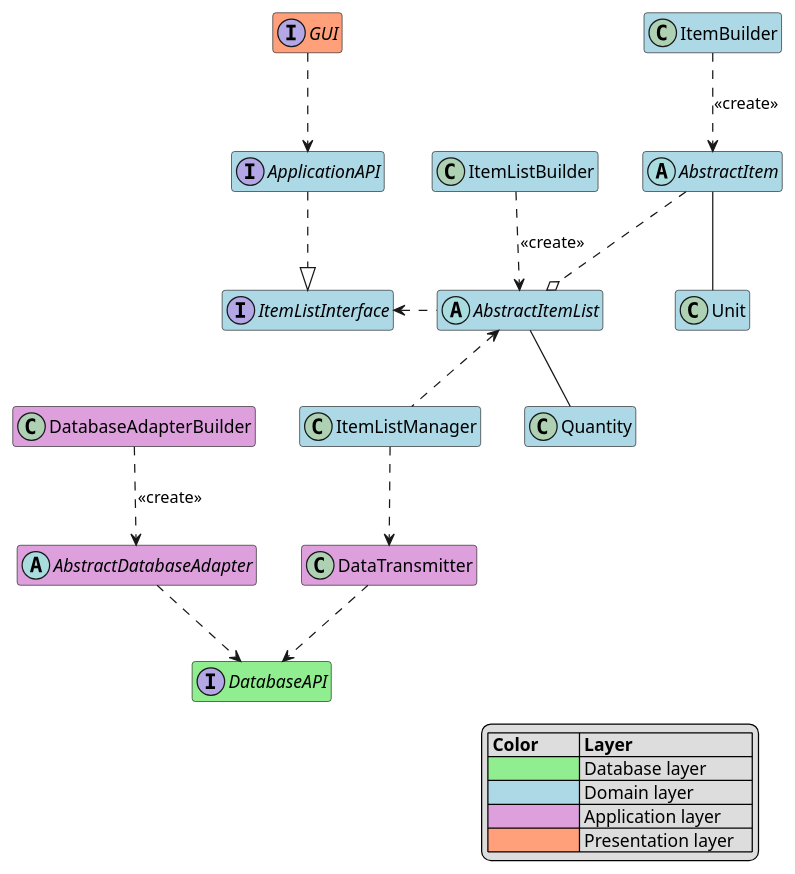
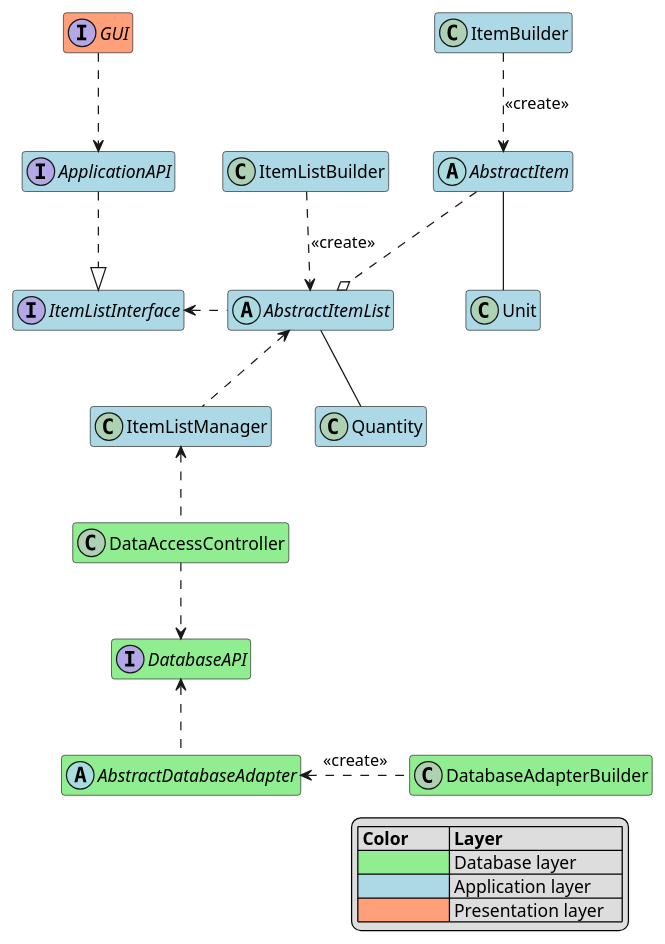
The diagram in Architecture/BlackboxViewApplication.puml (Uhgtred/Recipe_Shopping_List), drawn with PlantUML before and after one commit. The commit also changed 1 other file, not shown here.

```diff
--- a/Architecture/BlackboxViewApplication.puml
+++ b/Architecture/BlackboxViewApplication.puml
@@ -1,54 +1,53 @@
 @startuml
 hide empty members
 
 
 interface DatabaseAPI #lightgreen
 
 
 interface GUI #lightsalmon
 GUI ..> ApplicationAPI
 
 
 interface ItemListInterface #lightblue
 
 class ItemListBuilder #lightblue
 ItemListBuilder ..> AbstractItemList: <<create>>
 
 class ItemBuilder #lightblue
 ItemBuilder ..> AbstractItem: <<create>>
 
 abstract class AbstractItem #lightblue
 AbstractItem ..o AbstractItemList
 AbstractItem -- Unit
 
-abstract class AbstractDatabaseAdapter #plum
-AbstractDatabaseAdapter ..> DatabaseAPI
+abstract class AbstractDatabaseAdapter #lightgreen
+AbstractDatabaseAdapter .u.> DatabaseAPI
 
-class DatabaseAdapterBuilder #plum
-DatabaseAdapterBuilder ..> AbstractDatabaseAdapter: <<create>>
+class DatabaseAdapterBuilder #lightgreen
+DatabaseAdapterBuilder .l.> AbstractDatabaseAdapter: <<create>>
 
 class ItemListManager #lightblue
-ItemListManager .d.> DataTransmitter
 ItemListManager .u.> AbstractItemList
 
-class DataTransmitter #plum
-DataTransmitter ..> DatabaseAPI
+class DataAccessController #lightgreen
+DataAccessController ..> DatabaseAPI
+DataAccessController .u.> ItemListManager
 
 interface ApplicationAPI #lightblue
 ApplicationAPI ..|> ItemListInterface
 
 abstract class AbstractItemList #lightblue
 AbstractItemList .l.> ItemListInterface
 AbstractItemList -- Quantity
 
 class Quantity #lightblue
 
 class Unit #lightblue
 legend bottom right
 | **Color**         | **Layer**             |
 | <#lightgreen>     | Database layer        |
-| <#lightblue>      | Domain layer          |
-| <#plum>      | Application layer     |
+| <#lightblue>      | Application layer     |
 | <#lightsalmon>    | Presentation layer    |
 end legend
 @enduml
```
